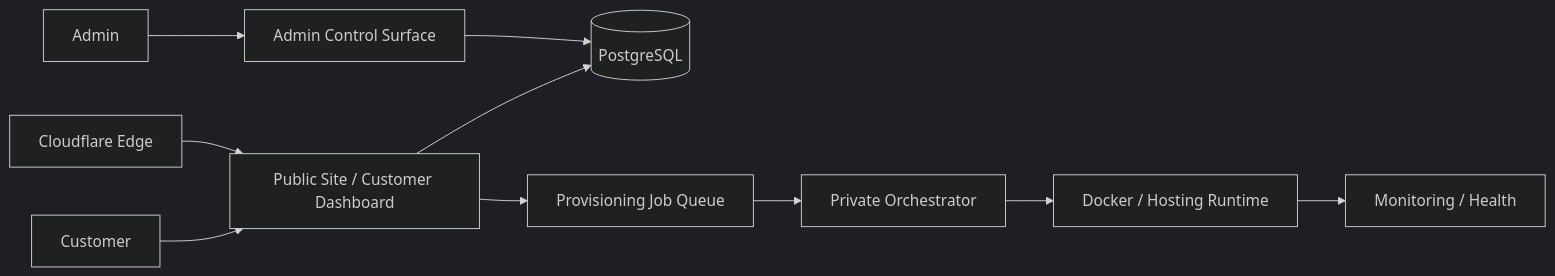
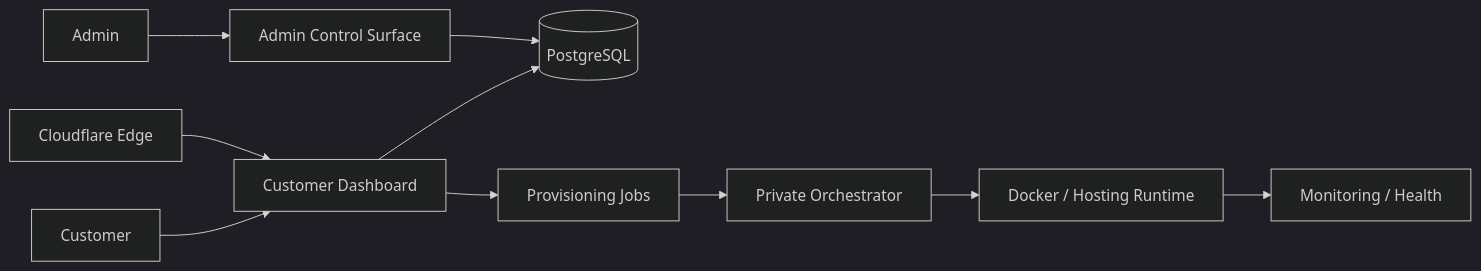
One commit to LEVENT-AY/aya-cloud-case-study changed the diagram in README.md. Above: the diagram before and after it, drawn with Mermaid (dark theme). The commit also changed other lines of this file, not shown here.

````diff
--- a/README.md
+++ b/README.md
@@ -32,12 +36,12 @@
 ```mermaid
 flowchart LR
-    USER[Customer] --> WEB[Public Site / Customer Dashboard]
+    USER[Customer] --> WEB[Customer Dashboard]
     ADMIN[Admin] --> PANEL[Admin Control Surface]
+    EDGE[Cloudflare Edge] --> WEB
     WEB --> DB[(PostgreSQL)]
     PANEL --> DB
-    WEB --> JOBS[Provisioning Job Queue]
+    WEB --> JOBS[Provisioning Jobs]
     JOBS --> ORCH[Private Orchestrator]
     ORCH --> DOCKER[Docker / Hosting Runtime]
-    EDGE[Cloudflare Edge] --> WEB
     DOCKER --> OBS[Monitoring / Health]
 ```
````
